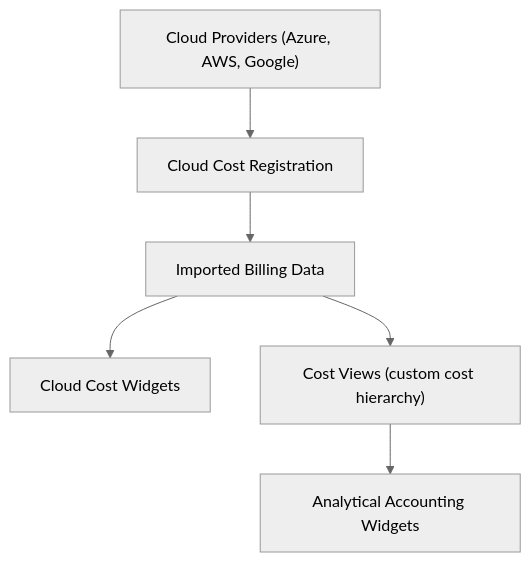
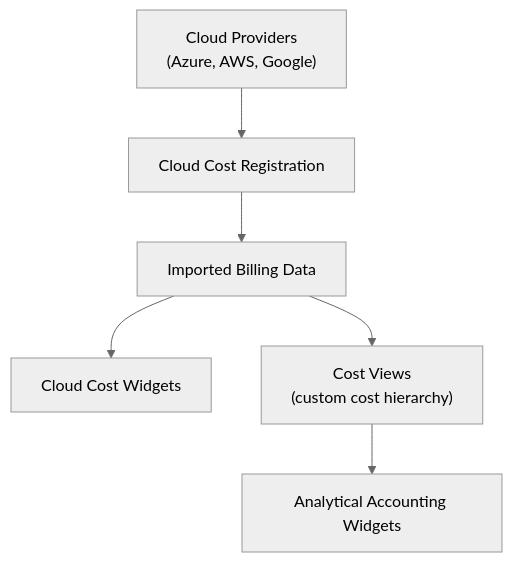
The third of 5 diagrams in docs/system_overview.md (xautomata/User-Interface-Manual), drawn with Mermaid (neutral theme) before and after one commit. The commit also changed other lines of this file and 9 other files, not shown here.

````diff
--- a/docs/system_overview.md
+++ b/docs/system_overview.md
@@ -141,16 +141,16 @@
 ```mermaid
 flowchart TD
 
-CP["Cloud Providers (Azure, AWS, Google)"]
+CP["Cloud Providers<br>(Azure, AWS, Google)"]
 CCR["Cloud Cost Registration"]
 IBD["Imported Billing Data"]
 CCW["Cloud Cost Widgets"]
-CV["Cost Views (custom cost hierarchy)"]
+CV["Cost Views<br>(custom cost hierarchy)"]
 AAW["Analytical Accounting Widgets"]
 
 CP --> CCR
 CCR --> IBD
 IBD --> CCW
 IBD --> CV
 CV --> AAW
 ```
````
